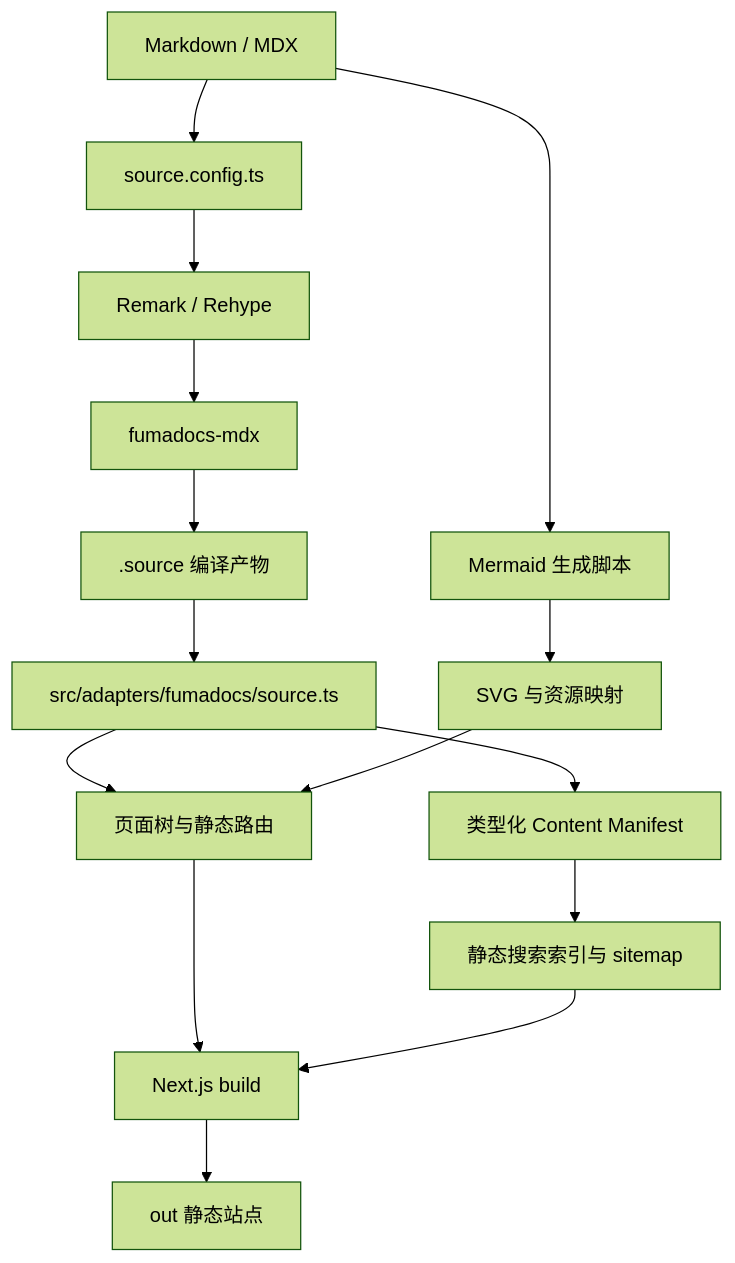
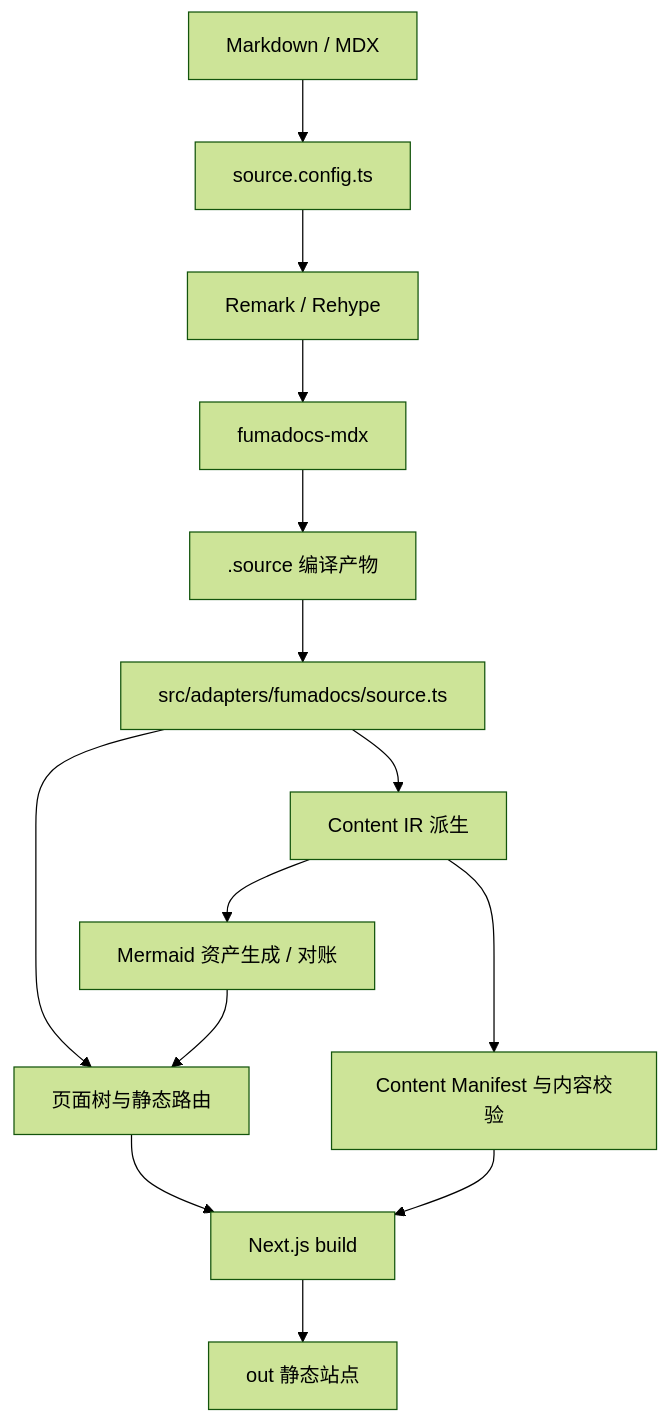
The diagram in content/docs/zh/about/project/architecture.mdx (SSJ-ZYJ/Neoverse-Doc), drawn with Mermaid (forest theme) before and after one commit. The commit also changed other lines of this file and 36 other files, not shown here.

````diff
--- a/content/docs/zh/about/project/architecture.mdx
+++ b/content/docs/zh/about/project/architecture.mdx
@@ -128,19 +128,17 @@
 ```mermaid
 flowchart TD
     A[Markdown / MDX] --> B[source.config.ts]
     B --> C[Remark / Rehype]
     C --> D[fumadocs-mdx]
     D --> E[.source 编译产物]
     E --> F[src/adapters/fumadocs/source.ts]
     F --> G[页面树与静态路由]
     G --> H[Next.js build]
     H --> I[out 静态站点]
 
-    A --> J[Mermaid 生成脚本]
-    J --> K[SVG 与资源映射]
-    K --> G
-
-    F --> L[类型化 Content Manifest]
-    L --> M[静态搜索索引与 sitemap]
-    M --> H
+    F --> J[Content IR 派生]
+    J --> K[Content Manifest 与内容校验]
+    K --> H
+    J --> L[Mermaid 资产生成 / 对账]
+    L --> G
 ```
````
